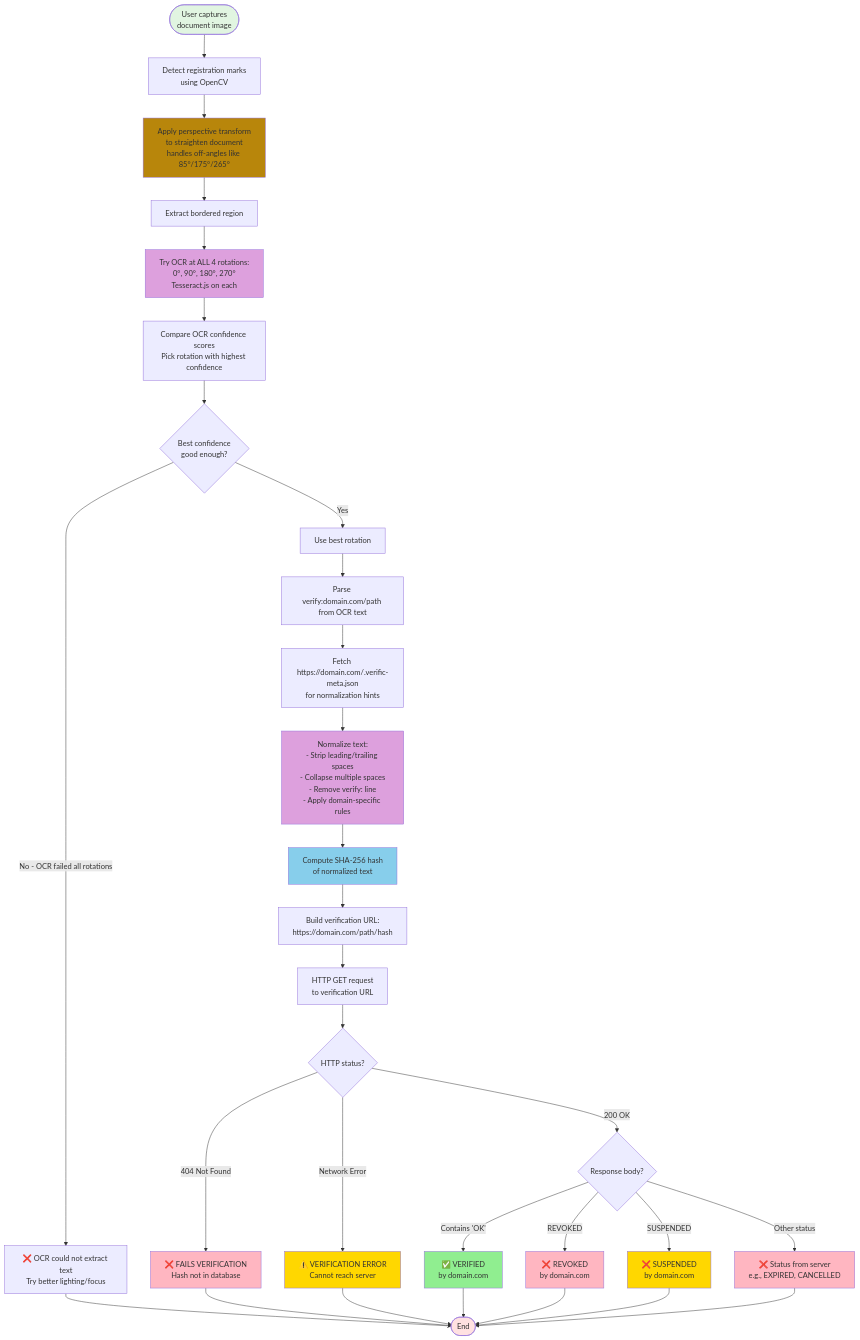
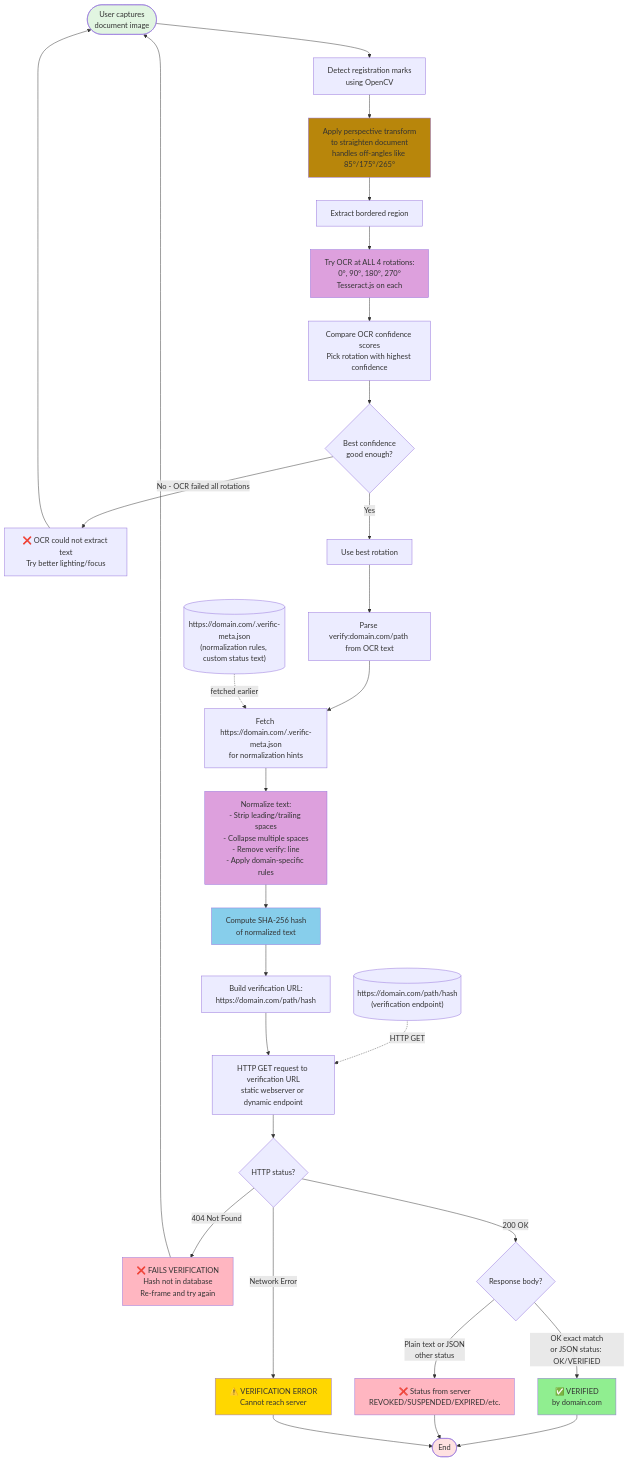
One commit to paul-hammant/live-verify changed the diagram in README.md. Above: the diagram before and after it, drawn with Mermaid. The commit also changed 20 other files, not shown here.

````diff
--- a/README.md
+++ b/README.md
@@ -85,45 +85,43 @@
 ```mermaid
 flowchart TD
     Start([User captures<br/>document image]) --> Detect[Detect registration marks<br/>using OpenCV]
     Detect --> Transform[Apply perspective transform<br/>to straighten document<br/>handles off-angles like 85°/175°/265°]
     Transform --> Extract[Extract bordered region]
     Extract --> TryAllRotations[Try OCR at ALL 4 rotations:<br/>0°, 90°, 180°, 270°<br/>Tesseract.js on each]
     TryAllRotations --> CompareConfidence[Compare OCR confidence scores<br/>Pick rotation with highest confidence]
     CompareConfidence --> CheckConfidence{Best confidence<br/>good enough?}
     CheckConfidence -->|No - OCR failed all rotations| ShowOCRError[❌ OCR could not extract text<br/>Try better lighting/focus]
-    ShowOCRError --> End([End])
+    ShowOCRError --> Start
     CheckConfidence -->|Yes| UseRotation[Use best rotation]
     UseRotation --> ParseVerify[Parse verify:domain.com/path from OCR text]
     ParseVerify --> FetchMeta[Fetch https://domain.com/.verific-meta.json<br/>for normalization hints]
     FetchMeta --> Normalize[Normalize text:<br/>- Strip leading/trailing spaces<br/>- Collapse multiple spaces<br/>- Remove verify: line<br/>- Apply domain-specific rules]
     Normalize --> Hash[Compute SHA-256 hash<br/>of normalized text]
     Hash --> BuildURL[Build verification URL:<br/>https://domain.com/path/hash]
-    BuildURL --> Verify[HTTP GET request<br/>to verification URL]
+
+    MetaURL[("https://domain.com/.verific-meta.json<br/>(normalization rules, custom status text)")] -.->|fetched earlier| FetchMeta
+    VerifyURL[("https://domain.com/path/hash<br/>(verification endpoint)")] -.->|HTTP GET| Verify
+
+    BuildURL --> Verify[HTTP GET request to verification URL<br/>static webserver or dynamic endpoint]
     Verify --> CheckHTTP{HTTP status?}
-    CheckHTTP -->|404 Not Found| ShowNotFound[❌ FAILS VERIFICATION<br/>Hash not in database]
+    CheckHTTP -->|404 Not Found| ShowNotFound[❌ FAILS VERIFICATION<br/>Hash not in database<br/>Re-frame and try again]
+    ShowNotFound --> Start
     CheckHTTP -->|Network Error| ShowError[⚠️ VERIFICATION ERROR<br/>Cannot reach server]
     CheckHTTP -->|200 OK| CheckBody{Response body?}
-    CheckBody -->|Contains 'OK'| ShowVerified[✅ VERIFIED<br/>by domain.com]
-    CheckBody -->|REVOKED| ShowRevoked[❌ REVOKED<br/>by domain.com]
-    CheckBody -->|SUSPENDED| ShowSuspended[❌ SUSPENDED<br/>by domain.com]
-    CheckBody -->|Other status| ShowOtherStatus[❌ Status from server<br/>e.g., EXPIRED, CANCELLED]
-    ShowVerified --> End
-    ShowNotFound --> End
-    ShowRevoked --> End
-    ShowSuspended --> End
-    ShowOtherStatus --> End
+    CheckBody -->|"OK" exact match<br/>or JSON status: OK/VERIFIED| ShowVerified[✅ VERIFIED<br/>by domain.com]
+    CheckBody -->|Plain text or JSON<br/>other status| ShowNotOK[❌ Status from server<br/>REVOKED/SUSPENDED/EXPIRED/etc.]
+    ShowVerified --> End([End])
+    ShowNotOK --> End
     ShowError --> End
 
     style Start fill:#e1f5e1
     style End fill:#ffe1e1
     style ShowVerified fill:#90EE90
     style ShowNotFound fill:#FFB6C1
-    style ShowRevoked fill:#FFB6C1
-    style ShowSuspended fill:#FFD700
-    style ShowOtherStatus fill:#FFB6C1
+    style ShowNotOK fill:#FFB6C1
     style ShowError fill:#FFD700
     style Hash fill:#87CEEB
     style Normalize fill:#DDA0DD
     style Transform fill:#B8860B
     style TryAllRotations fill:#DDA0DD
 ```
````
